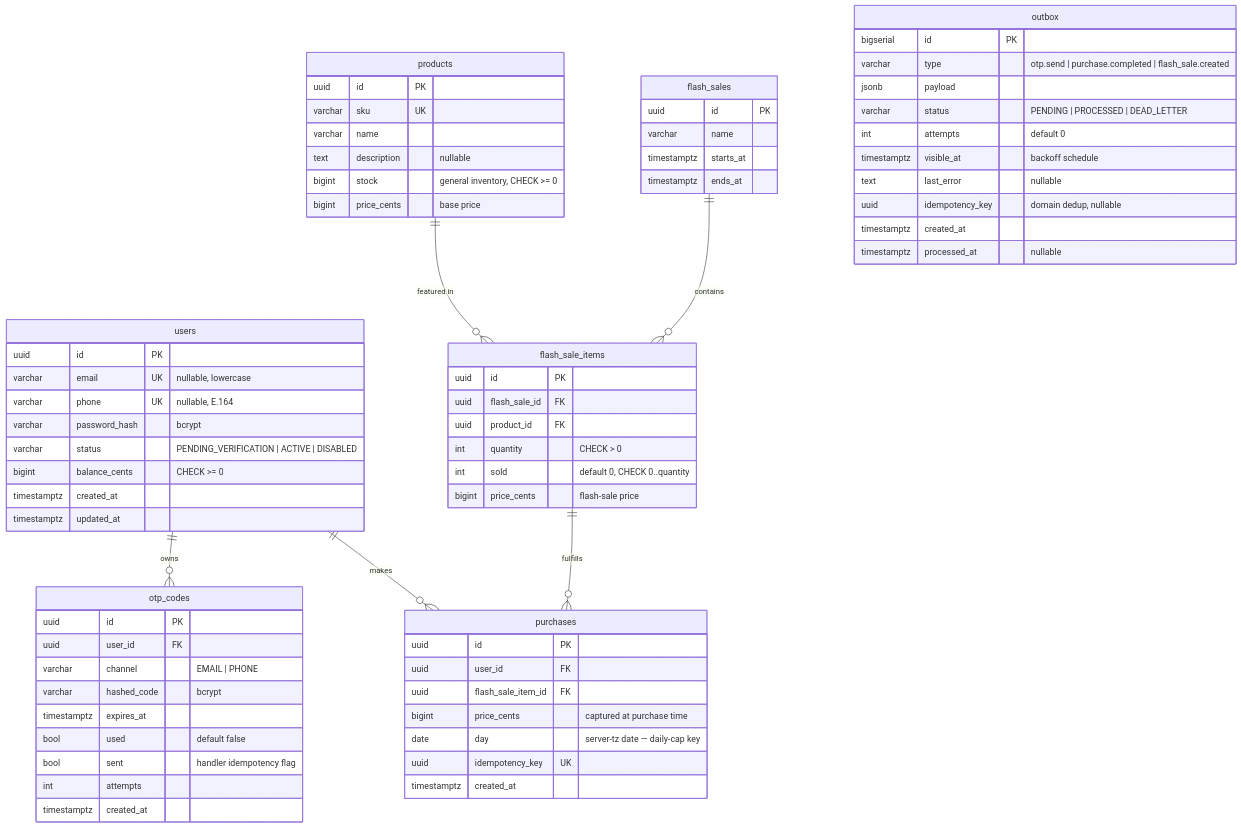
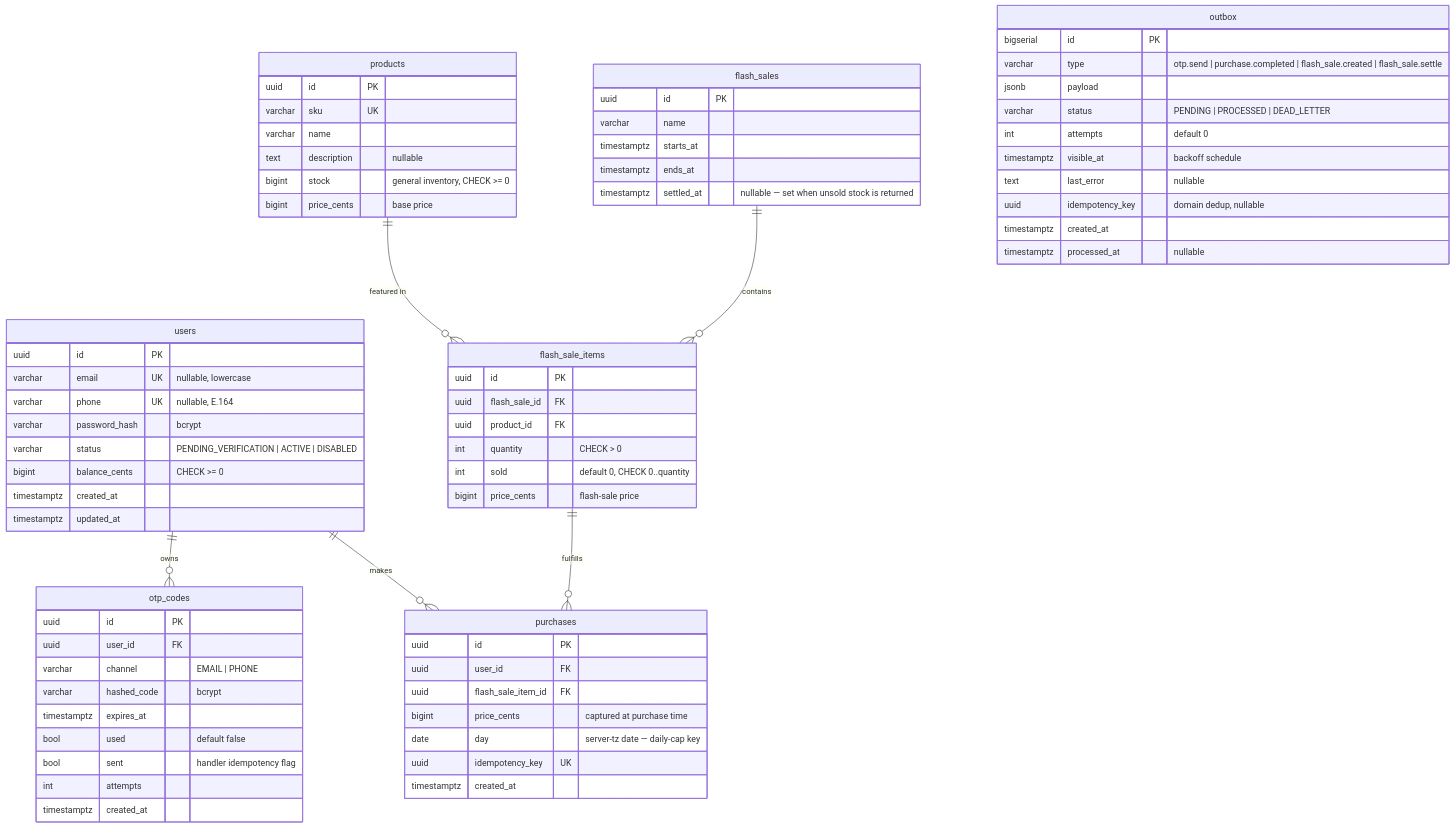
The ninth of 10 diagrams in docs/DESIGN.md (khuongnguyenBlue/flashsales-agapi), drawn with Mermaid before and after one commit. The commit also changed other lines of this file, not shown here.

First line of the commit message:
docs(design): reflect sale settlement and fix diagram accuracy

````diff
--- a/docs/DESIGN.md
+++ b/docs/DESIGN.md
@@ -421,79 +453,80 @@
 ```mermaid
 erDiagram
     users ||--o{ otp_codes : "owns"
     users ||--o{ purchases : "makes"
     products ||--o{ flash_sale_items : "featured in"
     flash_sales ||--o{ flash_sale_items : "contains"
     flash_sale_items ||--o{ purchases : "fulfills"
 
     users {
         uuid id PK
         varchar email UK "nullable, lowercase"
         varchar phone UK "nullable, E.164"
         varchar password_hash "bcrypt"
         varchar status "PENDING_VERIFICATION | ACTIVE | DISABLED"
         bigint balance_cents "CHECK >= 0"
         timestamptz created_at
         timestamptz updated_at
     }
 
     otp_codes {
         uuid id PK
         uuid user_id FK
         varchar channel "EMAIL | PHONE"
         varchar hashed_code "bcrypt"
         timestamptz expires_at
         bool used "default false"
         bool sent "handler idempotency flag"
         int attempts
         timestamptz created_at
     }
 
     products {
         uuid id PK
         varchar sku UK
         varchar name
         text description "nullable"
         bigint stock "general inventory, CHECK >= 0"
         bigint price_cents "base price"
     }
 
     flash_sales {
         uuid id PK
         varchar name
         timestamptz starts_at
         timestamptz ends_at
+        timestamptz settled_at "nullable — set when unsold stock is returned"
     }
 
     flash_sale_items {
         uuid id PK
         uuid flash_sale_id FK
         uuid product_id FK
         int quantity "CHECK > 0"
         int sold "default 0, CHECK 0..quantity"
         bigint price_cents "flash-sale price"
     }
 
     purchases {
         uuid id PK
         uuid user_id FK
         uuid flash_sale_item_id FK
         bigint price_cents "captured at purchase time"
         date day "server-tz date — daily-cap key"
         uuid idempotency_key UK
         timestamptz created_at
     }
 
     outbox {
         bigserial id PK
-        varchar type "otp.send | purchase.completed | flash_sale.created"
+        varchar type "otp.send | purchase.completed | flash_sale.created | flash_sale.settle"
         jsonb payload
         varchar status "PENDING | PROCESSED | DEAD_LETTER"
         int attempts "default 0"
         timestamptz visible_at "backoff schedule"
         text last_error "nullable"
         uuid idempotency_key "domain dedup, nullable"
         timestamptz created_at
         timestamptz processed_at "nullable"
     }
 ```
````
